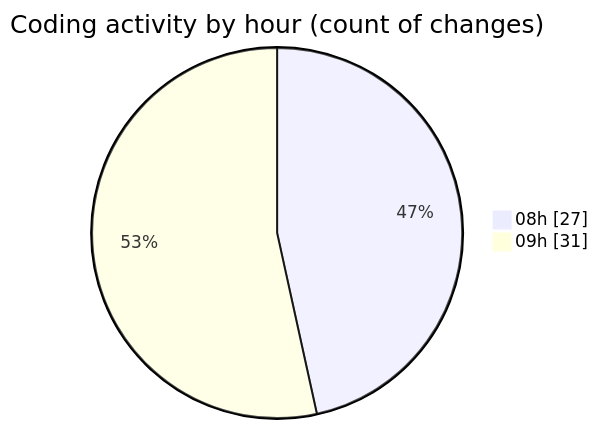
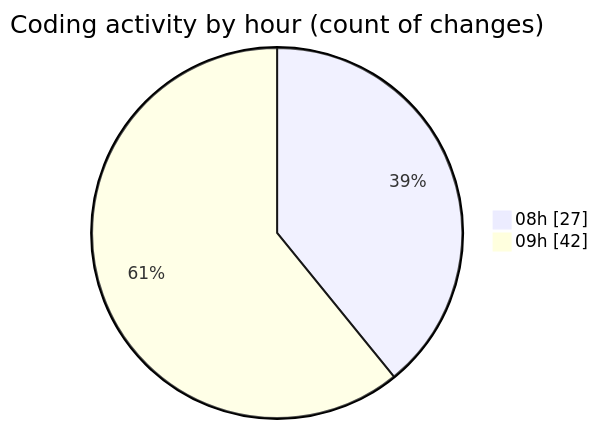
One commit to ernivani/code-tracking changed the second of 2 diagrams in 2025-01-03/nextjs-webllm/README.md. Above: the diagram before and after it, drawn with Mermaid. The commit also changed other lines of this file and 5 other files, not shown here.

````diff
--- a/2025-01-03/nextjs-webllm/README.md
+++ b/2025-01-03/nextjs-webllm/README.md
@@ -50,6 +54,6 @@
 ```mermaid
 pie showData
 title Coding activity by hour (count of changes)
 "08h" : 27
-"09h" : 31
+"09h" : 42
 ```
````
